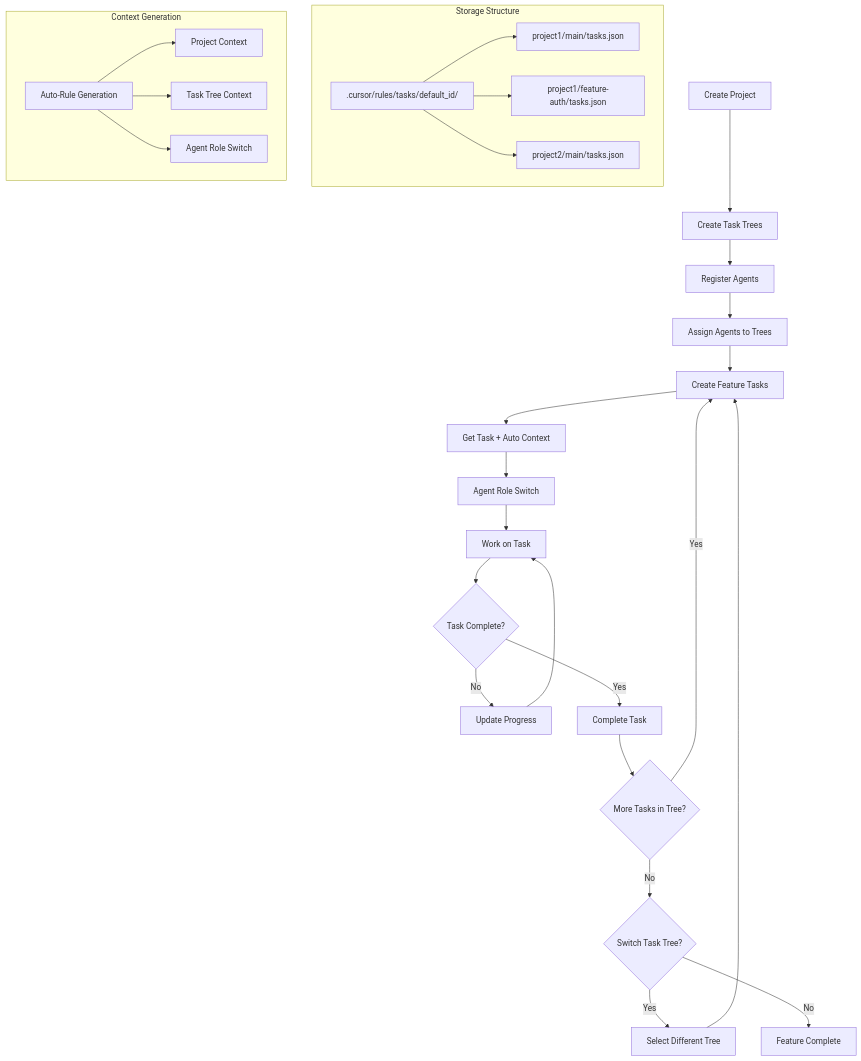
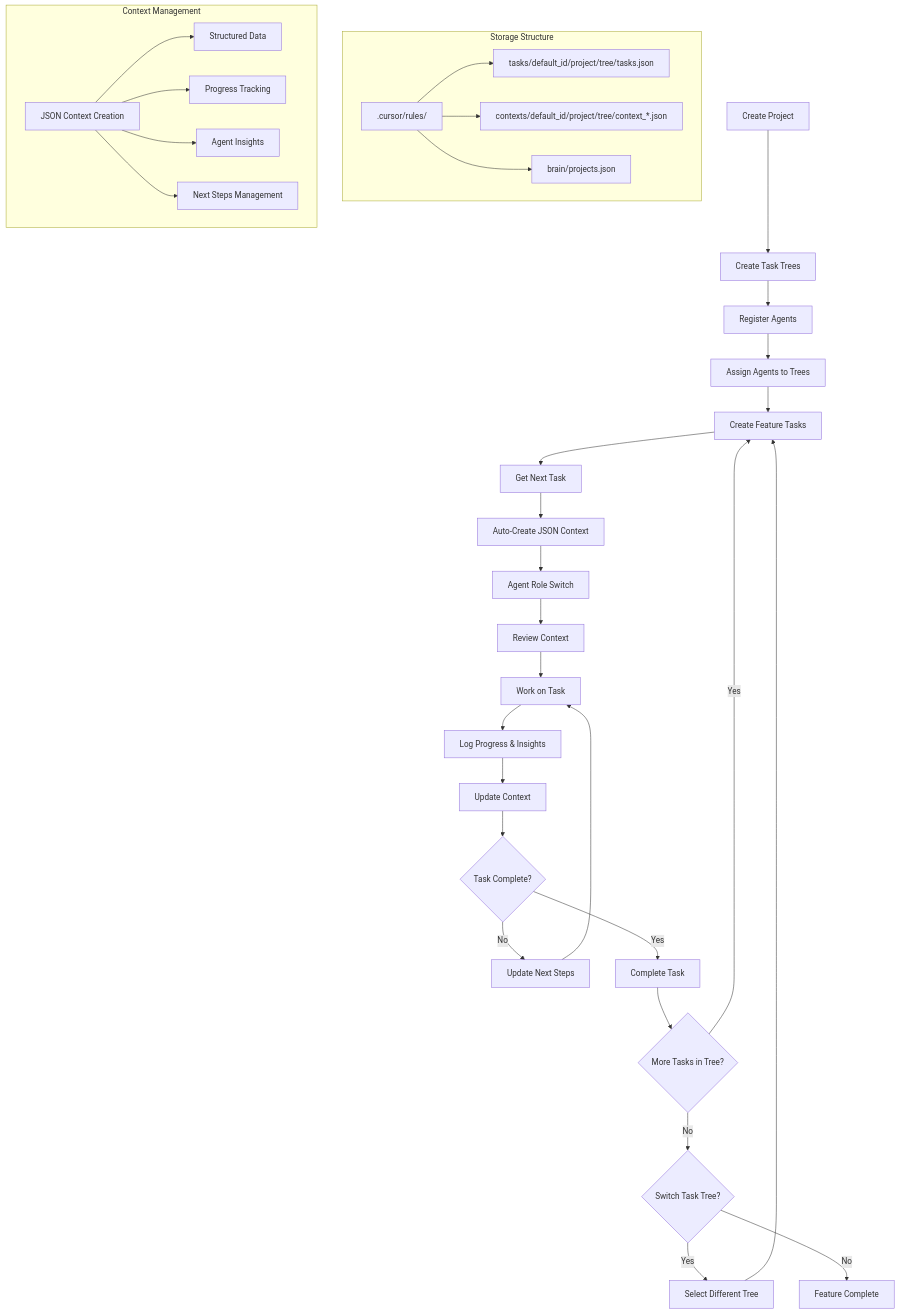
Before and after one commit to DafnckStudio/Dafnck-Machine-3.4: the diagram in .cursor/rules/02_AI-DOCS/TaskManagement/task_management_workflow.mdc, drawn with Mermaid. The commit also changed other lines of this file and 5 other files, not shown here.

First line of the commit message:
Update context templates and workflows for task management

````diff
--- a/.cursor/rules/02_AI-DOCS/TaskManagement/task_management_workflow.mdc
+++ b/.cursor/rules/02_AI-DOCS/TaskManagement/task_management_workflow.mdc
@@ -309,34 +470,39 @@
 ```mermaid
 flowchart TD
     A["Create Project"] --> B["Create Task Trees"]
     B --> C["Register Agents"]
     C --> D["Assign Agents to Trees"]
     D --> E["Create Feature Tasks"]
-    E --> F["Get Task + Auto Context"]
-    F --> G["Agent Role Switch"]
-    G --> H["Work on Task"]
-    H --> I{"Task Complete?"}
-    I -->|No| J["Update Progress"]
-    J --> H
-    I -->|Yes| K["Complete Task"]
-    K --> L{"More Tasks in Tree?"}
-    L -->|Yes| E
-    L -->|No| M{"Switch Task Tree?"}
-    M -->|Yes| N["Select Different Tree"]
-    N --> E
-    M -->|No| O["Feature Complete"]
+    E --> F["Get Next Task"]
+    F --> G["Auto-Create JSON Context"]
+    G --> H["Agent Role Switch"]
+    H --> I["Review Context"]
+    I --> J["Work on Task"]
+    J --> K["Log Progress & Insights"]
+    K --> L["Update Context"]
+    L --> M{"Task Complete?"}
+    M -->|No| N["Update Next Steps"]
+    N --> J
+    M -->|Yes| O["Complete Task"]
+    O --> P{"More Tasks in Tree?"}
+    P -->|Yes| E
+    P -->|No| Q{"Switch Task Tree?"}
+    Q -->|Yes| R["Select Different Tree"]
+    R --> E
+    Q -->|No| S["Feature Complete"]
     
     subgraph "Storage Structure"
-        P[".cursor/rules/tasks/default_id/"]
-        P --> Q["project1/main/tasks.json"]
-        P --> R["project1/feature-auth/tasks.json"]
-        P --> S["project2/main/tasks.json"]
+        T[".cursor/rules/"]
+        T --> U["tasks/default_id/project/tree/tasks.json"]
+        T --> V["contexts/default_id/project/tree/context_*.json"]
+        T --> W["brain/projects.json"]
     end
     
-    subgraph "Context Generation"
-        T["Auto-Rule Generation"]
-        T --> U["Project Context"]
-        T --> V["Task Tree Context"]
-        T --> W["Agent Role Switch"]
+    subgraph "Context Management"
+        X["JSON Context Creation"]
+        X --> Y["Structured Data"]
+        X --> Z["Progress Tracking"]
+        X --> AA["Agent Insights"]
+        X --> BB["Next Steps Management"]
     end
 ```
````
